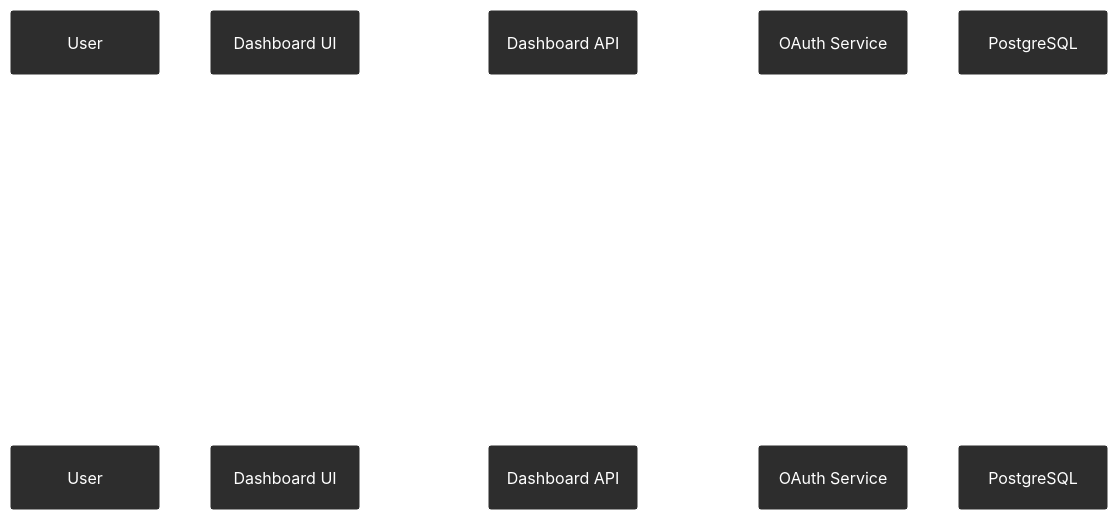
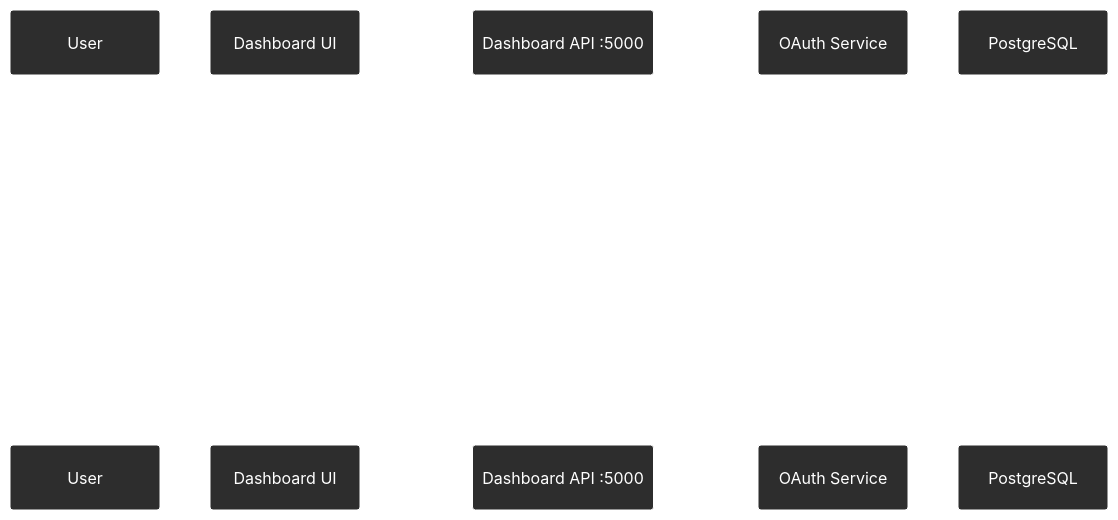
One commit to rom-orlovich/groote-ai changed the second of 5 diagrams in docs/KNOWLEDGE-LAYER.md. Above: the diagram before and after it, drawn with Mermaid. The commit also changed 4 other files, not shown here.

````diff
--- a/docs/KNOWLEDGE-LAYER.md
+++ b/docs/KNOWLEDGE-LAYER.md
@@ -107,17 +107,17 @@
 ```mermaid
 %%{init: {'theme':'base', 'themeVariables': {'fontSize':'24px', 'primaryColor':'#2d2d2d', 'primaryTextColor':'#ffffff', 'primaryBorderColor':'#ffffff', 'lineColor':'#ffffff', 'secondaryColor':'#1a1a1a', 'tertiaryColor':'#2d2d2d'}}}%%
 sequenceDiagram
     participant User
     participant Dashboard as Dashboard UI
-    participant API as Dashboard API
+    participant API as Dashboard API :5000
     participant OAuth as OAuth Service
     participant DB as PostgreSQL
 
     User->>Dashboard: Add data source
     Dashboard->>API: POST /api/sources/{org_id}
     API->>OAuth: Validate OAuth connection
     OAuth-->>API: Connection valid
     API->>DB: INSERT INTO data_sources
     DB-->>API: Source created
     API-->>Dashboard: 201 Created
 ```
````
